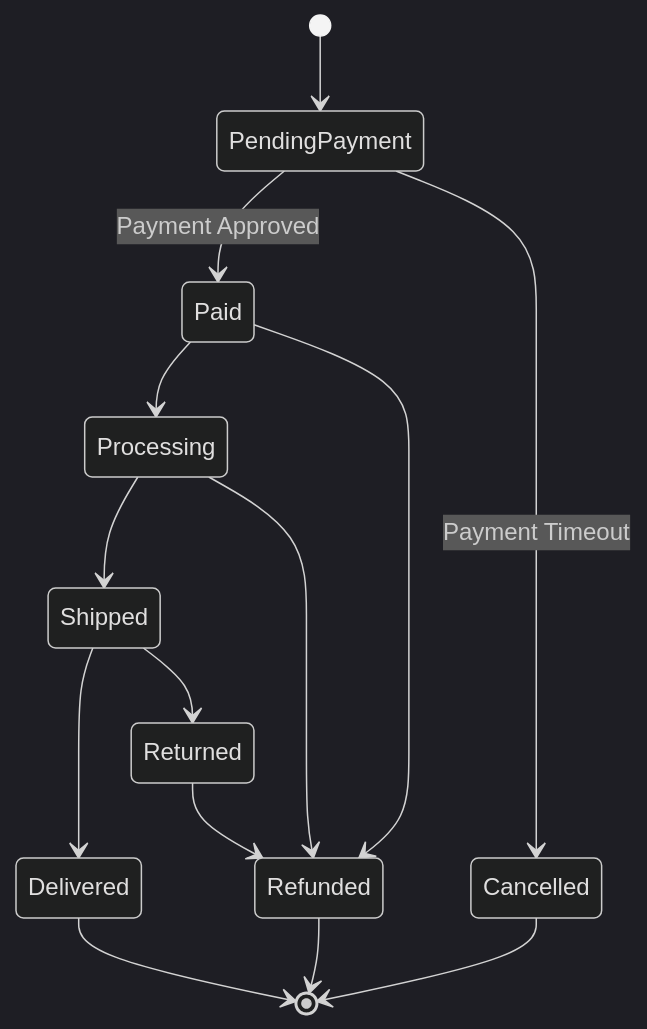
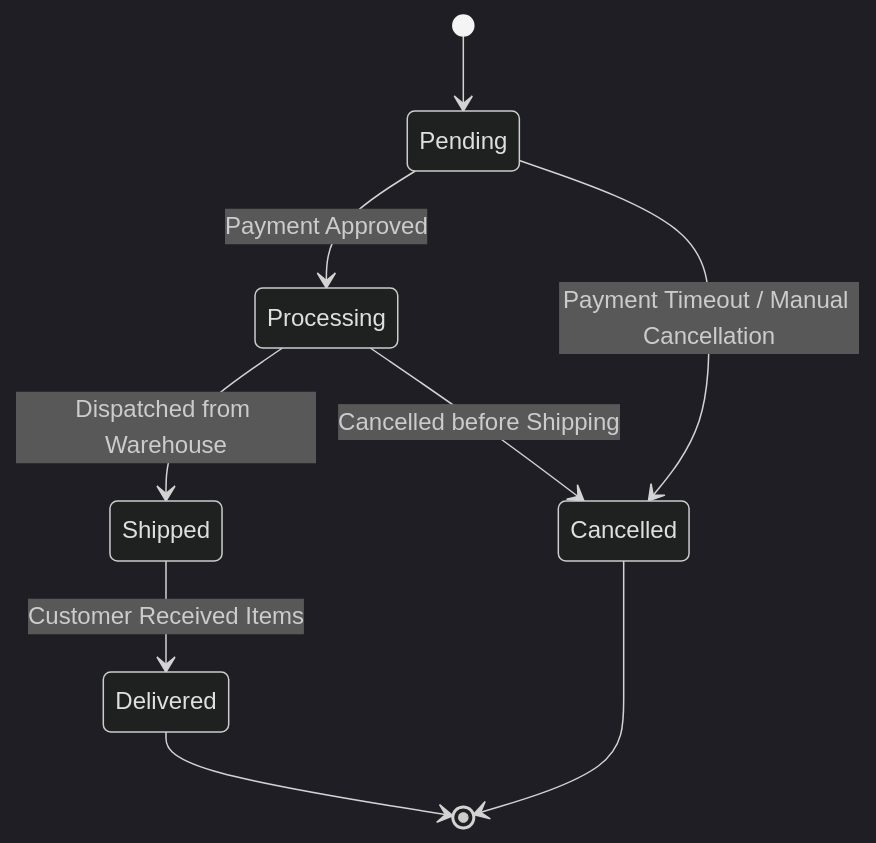
One commit to hananabedalkareemabololy/RuqiStore-Documentation changed the fourth of 5 diagrams in Final Project Sample/07-uml-behavioral.md. Above: the diagram before and after it, drawn with Mermaid (dark theme). The commit also changed other lines of this file, not shown here.

````diff
--- a/Final Project Sample/07-uml-behavioral.md
+++ b/Final Project Sample/07-uml-behavioral.md
@@ -179,23 +178,16 @@
 ```mermaid
 stateDiagram-v2
 
-    [*] --> PendingPayment
+    [*] --> Pending
 
-    PendingPayment --> Paid : Payment Approved
-    PendingPayment --> Cancelled : Payment Timeout
+    Pending --> Processing : Payment Approved
+    Pending --> Cancelled : Payment Timeout / Manual Cancellation
 
-    Paid --> Processing
-    Paid --> Refunded
+    Processing --> Shipped : Dispatched from Warehouse
+    Processing --> Cancelled : Cancelled before Shipping
 
-    Processing --> Shipped
-    Processing --> Refunded
-
-    Shipped --> Delivered
-    Shipped --> Returned
-
-    Returned --> Refunded
+    Shipped --> Delivered : Customer Received Items
 
     Delivered --> [*]
     Cancelled --> [*]
-    Refunded --> [*]
 ```
````
